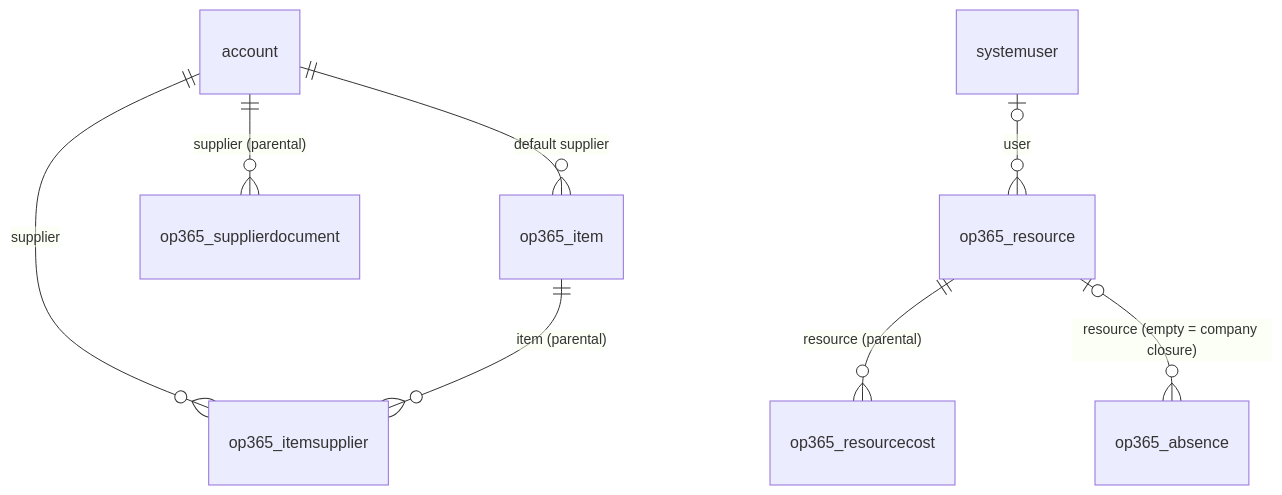
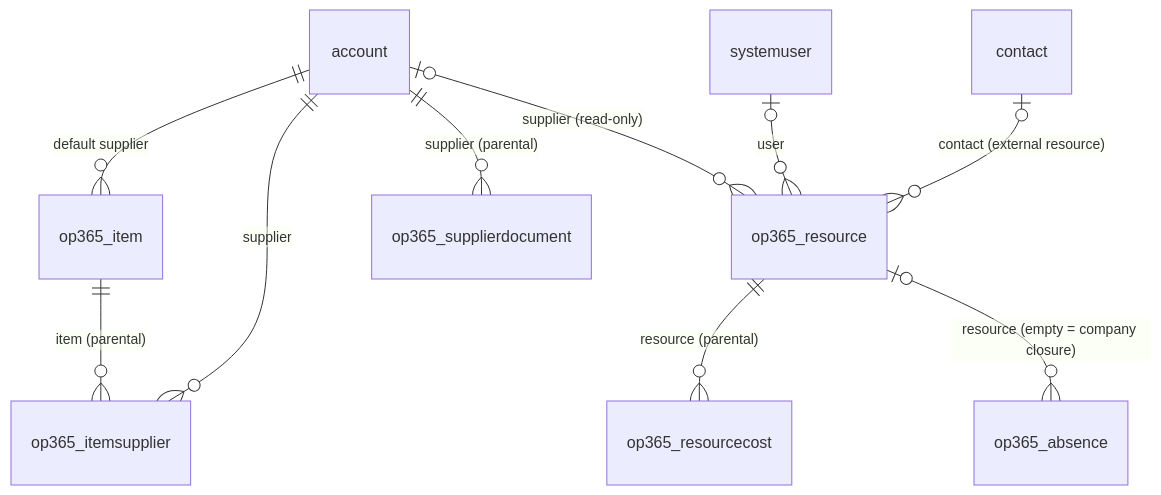
Before and after one commit to Power-Builders-Italia/ProjectIQ: the first of 7 diagrams in docs/data-model.md, drawn with Mermaid. The commit also changed other lines of this file and 33 other files, not shown here.

First line of the commit message:
External resources record their hours on the supplier portal (#145)

````diff
--- a/docs/data-model.md
+++ b/docs/data-model.md
@@ -7,10 +7,12 @@
 ```mermaid
 erDiagram
     account ||--o{ op365_item : "default supplier"
     account ||--o{ op365_itemsupplier : supplier
     account ||--o{ op365_supplierdocument : "supplier (parental)"
     op365_item ||--o{ op365_itemsupplier : "item (parental)"
     systemuser |o--o{ op365_resource : user
+    contact |o--o{ op365_resource : "contact (external resource)"
+    account |o--o{ op365_resource : "supplier (read-only)"
     op365_resource ||--o{ op365_resourcecost : "resource (parental)"
     op365_resource |o--o{ op365_absence : "resource (empty = company closure)"
 ```
````
